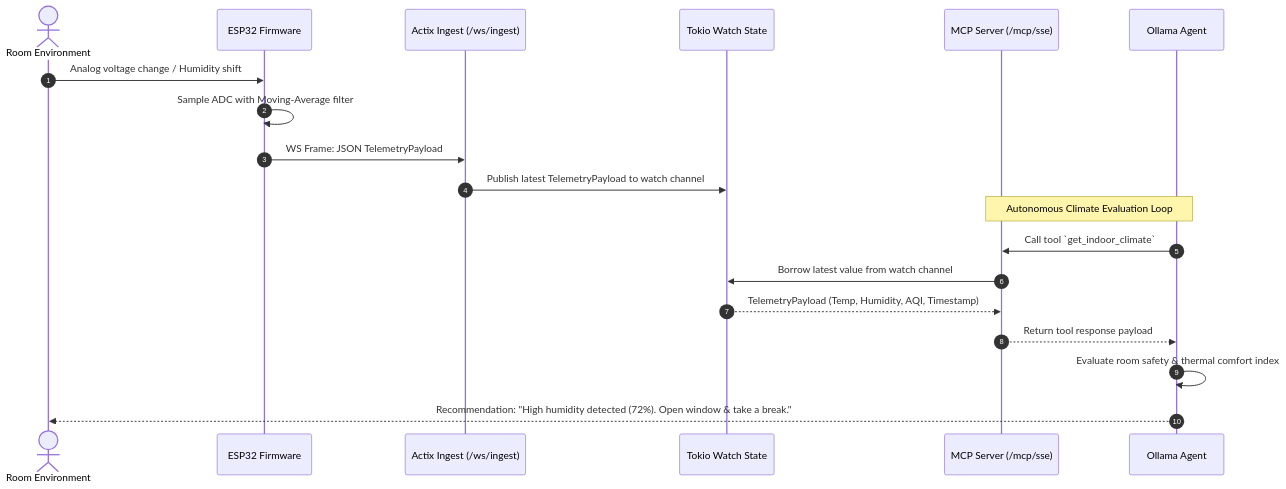
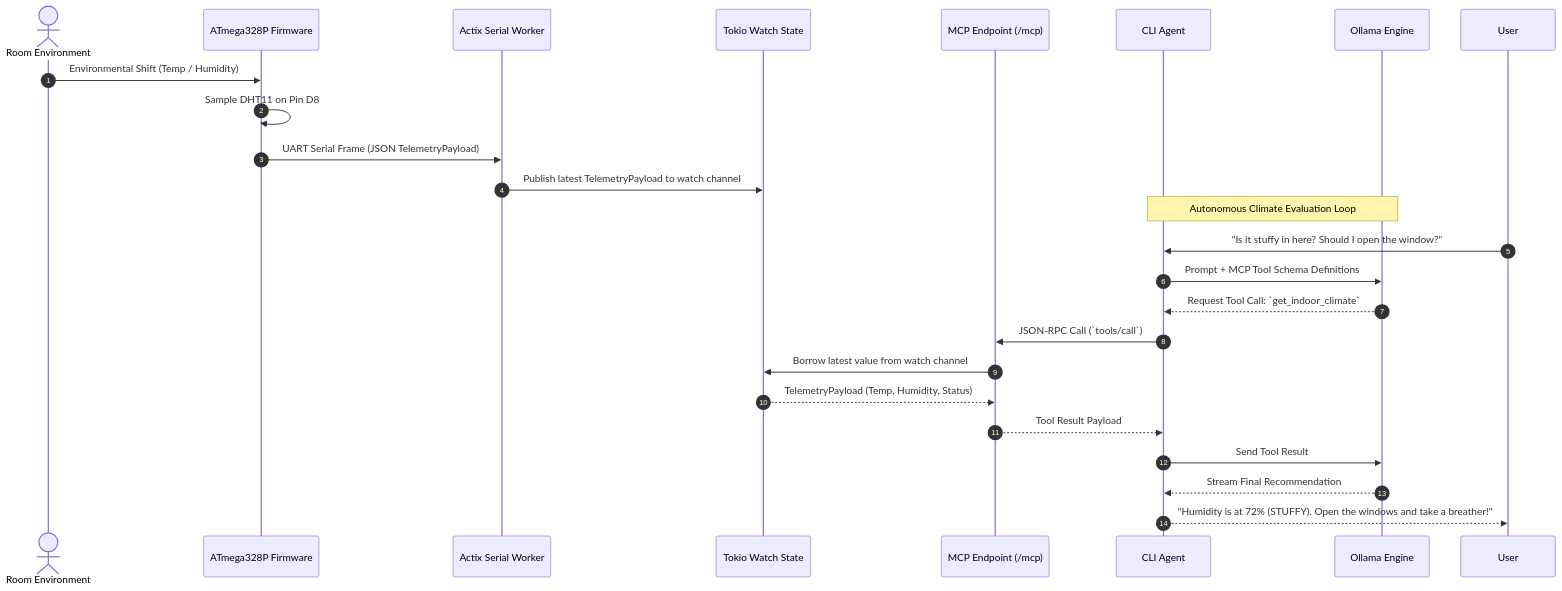
One commit to Brian-Magomere-Igadwa/weatherize changed the second of 2 diagrams in README.md. Above: the diagram before and after it, drawn with Mermaid. The commit also changed other lines of this file, not shown here.

````diff
--- a/README.md
+++ b/README.md
@@ -83,24 +78,29 @@
 ```mermaid
 sequenceDiagram
     autonumber
     actor Room as Room Environment
-    participant ESP as ESP32 Firmware
-    participant Actix as Actix Ingest (/ws/ingest)
+    participant AVR as ATmega328P Firmware
+    participant Actix as Actix Serial Worker
     participant State as Tokio Watch State
-    participant MCP as MCP Server (/mcp/sse)
-    participant Ollama as Ollama Agent
+    participant MCP as MCP Endpoint (/mcp)
+    participant CLI as CLI Agent
+    participant Ollama as Ollama Engine
 
-    Room->>ESP: Analog voltage change / Humidity shift
-    ESP->>ESP: Sample ADC with Moving-Average filter
-    ESP->>Actix: WS Frame: JSON TelemetryPayload
+    Room->>AVR: Environmental Shift (Temp / Humidity)
+    AVR->>AVR: Sample DHT11 on Pin D8
+    AVR->>Actix: UART Serial Frame (JSON TelemetryPayload)
     Actix->>State: Publish latest TelemetryPayload to watch channel
 
-    Note over Ollama, MCP: Autonomous Climate Evaluation Loop
-    Ollama->>MCP: Call tool `get_indoor_climate`
+    Note over CLI, Ollama: Autonomous Climate Evaluation Loop
+    User->>CLI: "Is it stuffy in here? Should I open the window?"
+    CLI->>Ollama: Prompt + MCP Tool Schema Definitions
+    Ollama-->>CLI: Request Tool Call: `get_indoor_climate`
+    CLI->>MCP: JSON-RPC Call (`tools/call`)
     MCP->>State: Borrow latest value from watch channel
-    State-->>MCP: TelemetryPayload (Temp, Humidity, AQI, Timestamp)
-    MCP-->>Ollama: Return tool response payload
-    Ollama->>Ollama: Evaluate room safety & thermal comfort index
-    Ollama-->>Room: Recommendation: "High humidity detected (72%). Open window & take a break."
+    State-->>MCP: TelemetryPayload (Temp, Humidity, Status)
+    MCP-->>CLI: Tool Result Payload
+    CLI->>Ollama: Send Tool Result
+    Ollama-->>CLI: Stream Final Recommendation
+    CLI-->>User: "Humidity is at 72% (STUFFY). Open the windows and take a breather!"
 
 ```
````
